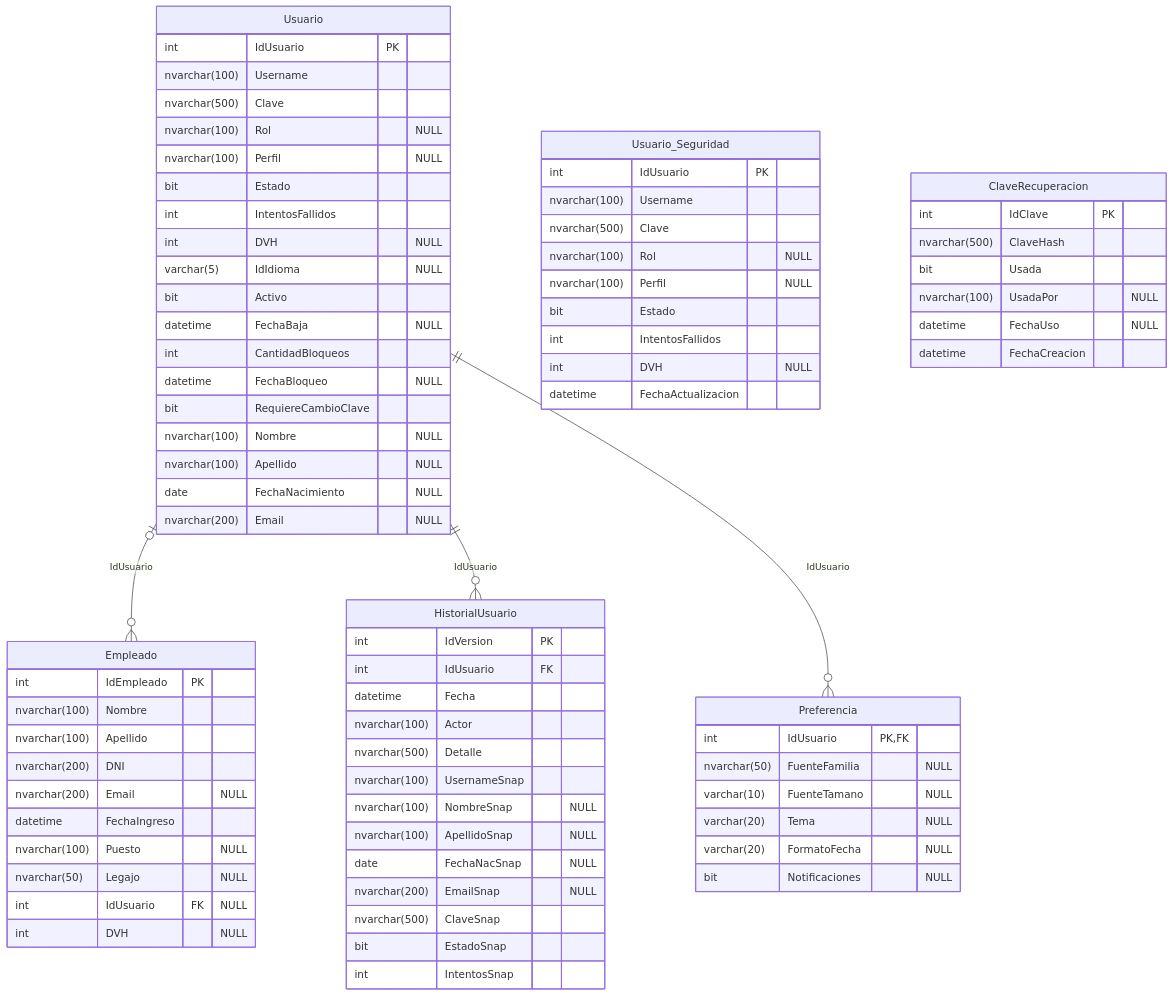
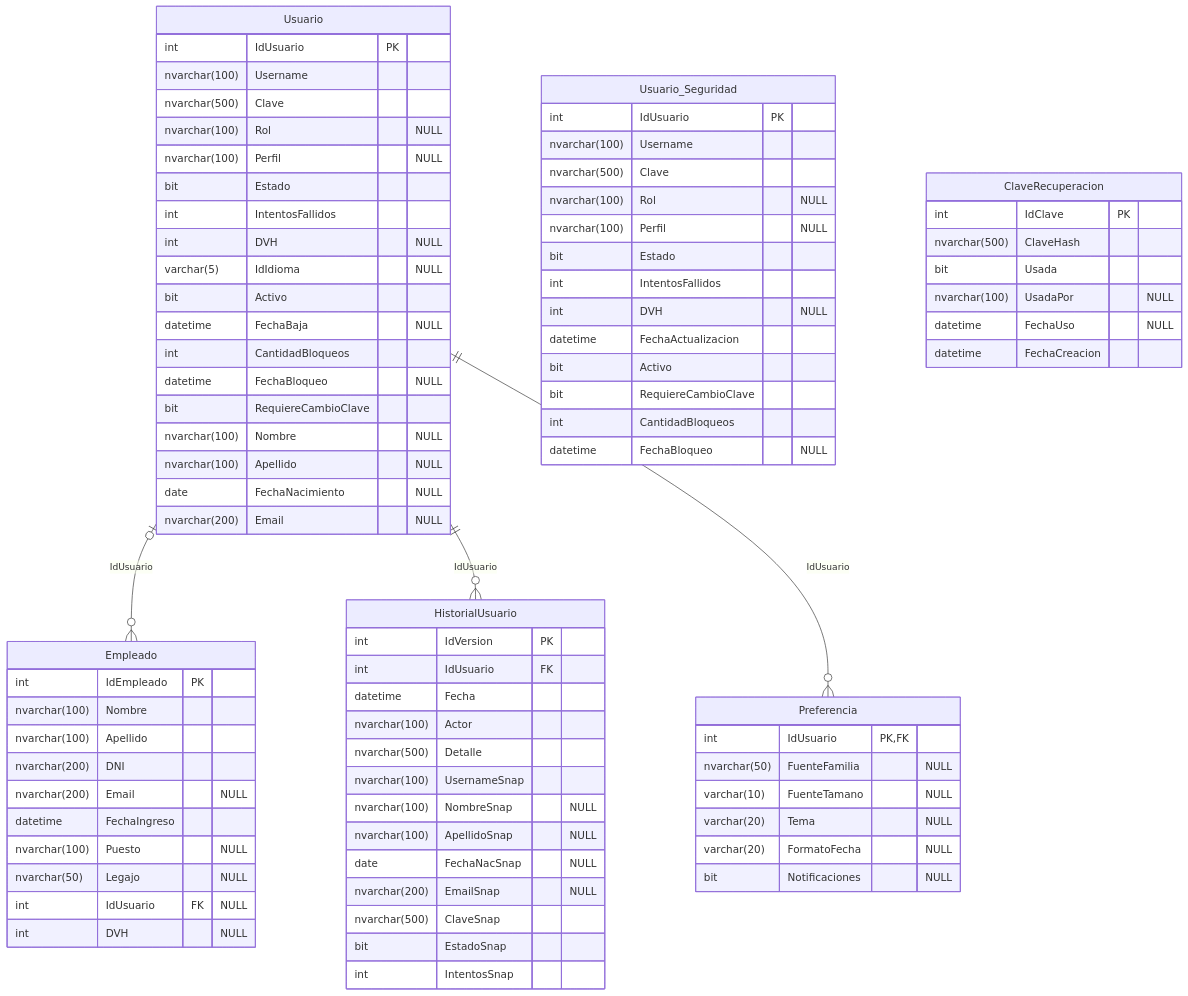
One commit to valentinamorana/Trabajo-de-Diploma changed the diagram in docs/diagramas/mermaid/DER_seg_usuarios.mmd. Above: the diagram before and after it, drawn with Mermaid. The commit also changed 38 other files, not shown here.

```diff
--- a/docs/diagramas/mermaid/DER_seg_usuarios.mmd
+++ b/docs/diagramas/mermaid/DER_seg_usuarios.mmd
@@ -1,78 +1,82 @@
 erDiagram
   Usuario |o--o{ Empleado : "IdUsuario"
   Usuario ||--o{ HistorialUsuario : "IdUsuario"
   Usuario ||--o{ Preferencia : "IdUsuario"
   Usuario {
     int IdUsuario PK
     nvarchar(100) Username
     nvarchar(500) Clave
     nvarchar(100) Rol "NULL"
     nvarchar(100) Perfil "NULL"
     bit Estado
     int IntentosFallidos
     int DVH "NULL"
     varchar(5) IdIdioma "NULL"
     bit Activo
     datetime FechaBaja "NULL"
     int CantidadBloqueos
     datetime FechaBloqueo "NULL"
     bit RequiereCambioClave
     nvarchar(100) Nombre "NULL"
     nvarchar(100) Apellido "NULL"
     date FechaNacimiento "NULL"
     nvarchar(200) Email "NULL"
   }
   Usuario_Seguridad {
     int IdUsuario PK
     nvarchar(100) Username
     nvarchar(500) Clave
     nvarchar(100) Rol "NULL"
     nvarchar(100) Perfil "NULL"
     bit Estado
     int IntentosFallidos
     int DVH "NULL"
     datetime FechaActualizacion
+    bit Activo
+    bit RequiereCambioClave
+    int CantidadBloqueos
+    datetime FechaBloqueo "NULL"
   }
   Empleado {
     int IdEmpleado PK
     nvarchar(100) Nombre
     nvarchar(100) Apellido
     nvarchar(200) DNI
     nvarchar(200) Email "NULL"
     datetime FechaIngreso
     nvarchar(100) Puesto "NULL"
     nvarchar(50) Legajo "NULL"
     int IdUsuario FK "NULL"
     int DVH "NULL"
   }
   Preferencia {
     int IdUsuario PK,FK
     nvarchar(50) FuenteFamilia "NULL"
     varchar(10) FuenteTamano "NULL"
     varchar(20) Tema "NULL"
     varchar(20) FormatoFecha "NULL"
     bit Notificaciones "NULL"
   }
   HistorialUsuario {
     int IdVersion PK
     int IdUsuario FK
     datetime Fecha
     nvarchar(100) Actor
     nvarchar(500) Detalle
     nvarchar(100) UsernameSnap
     nvarchar(100) NombreSnap "NULL"
     nvarchar(100) ApellidoSnap "NULL"
     date FechaNacSnap "NULL"
     nvarchar(200) EmailSnap "NULL"
     nvarchar(500) ClaveSnap
     bit EstadoSnap
     int IntentosSnap
   }
   ClaveRecuperacion {
     int IdClave PK
     nvarchar(500) ClaveHash
     bit Usada
     nvarchar(100) UsadaPor "NULL"
     datetime FechaUso "NULL"
     datetime FechaCreacion
   }
```
